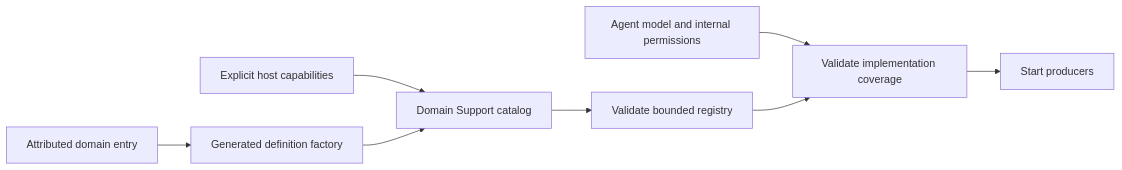
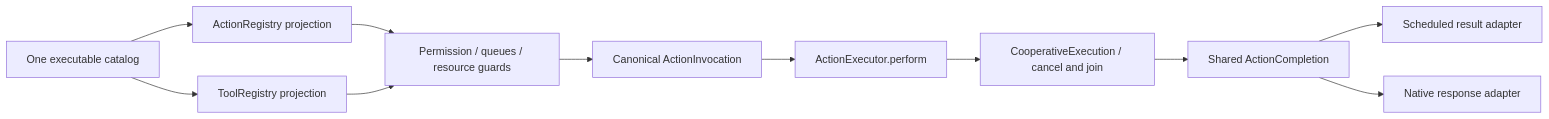
One commit to devilyouwei/MobileHarness changed the diagram in MobileHarness/Actions/Runtime/README.md. Above: the diagram before and after it, drawn with Mermaid. The commit also changed other lines of this file and 238 other files, not shown here.

Commit message:
Unify executable capabilities and three-level agent bindings

````diff
--- a/MobileHarness/Actions/Runtime/README.md
+++ b/MobileHarness/Actions/Runtime/README.md
@@ -11,10 +11,13 @@
 ```mermaid
 flowchart LR
-    Entry[Attributed domain entry] --> Factory[Generated definition factory]
-    Host[Explicit host capabilities] --> Catalog[Domain Support catalog]
-    Factory --> Catalog
-    Catalog --> Registry[Validate bounded registry]
-    Permissions[Agent model and internal permissions] --> Coverage[Validate implementation coverage]
-    Registry --> Coverage
-    Coverage --> Start[Start producers]
+    Catalog[One executable catalog] --> Action[ActionRegistry projection]
+    Catalog --> Tool[ToolRegistry projection]
+    Action --> Gateway[Permission / queues / resource guards]
+    Tool --> Gateway
+    Gateway --> Invocation[Canonical ActionInvocation]
+    Invocation --> Perform[ActionExecutor.perform]
+    Perform --> Deadline[CooperativeExecution / cancel and join]
+    Deadline --> Completion[Shared ActionCompletion]
+    Completion --> ActionResult[Scheduled result adapter]
+    Completion --> ToolResult[Native response adapter]
 ```
````
